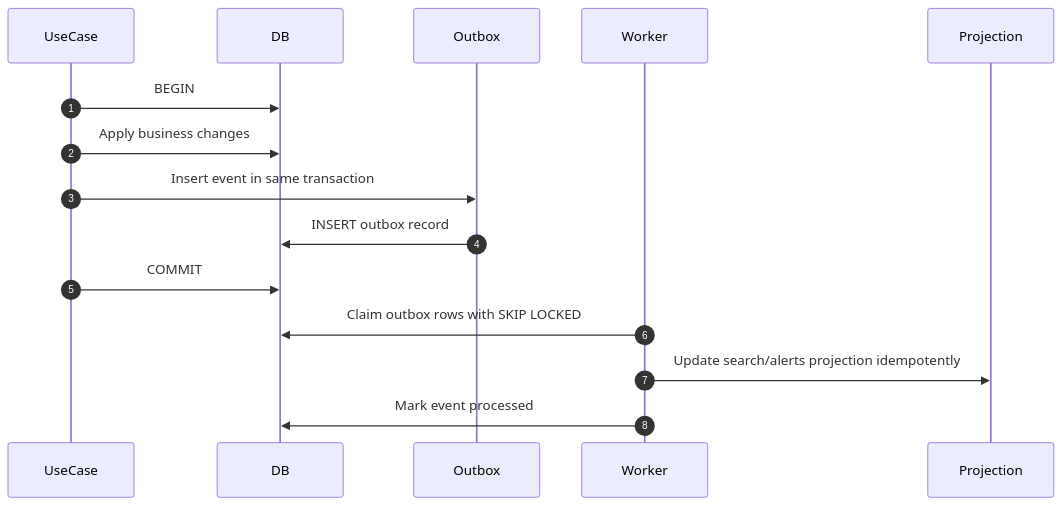
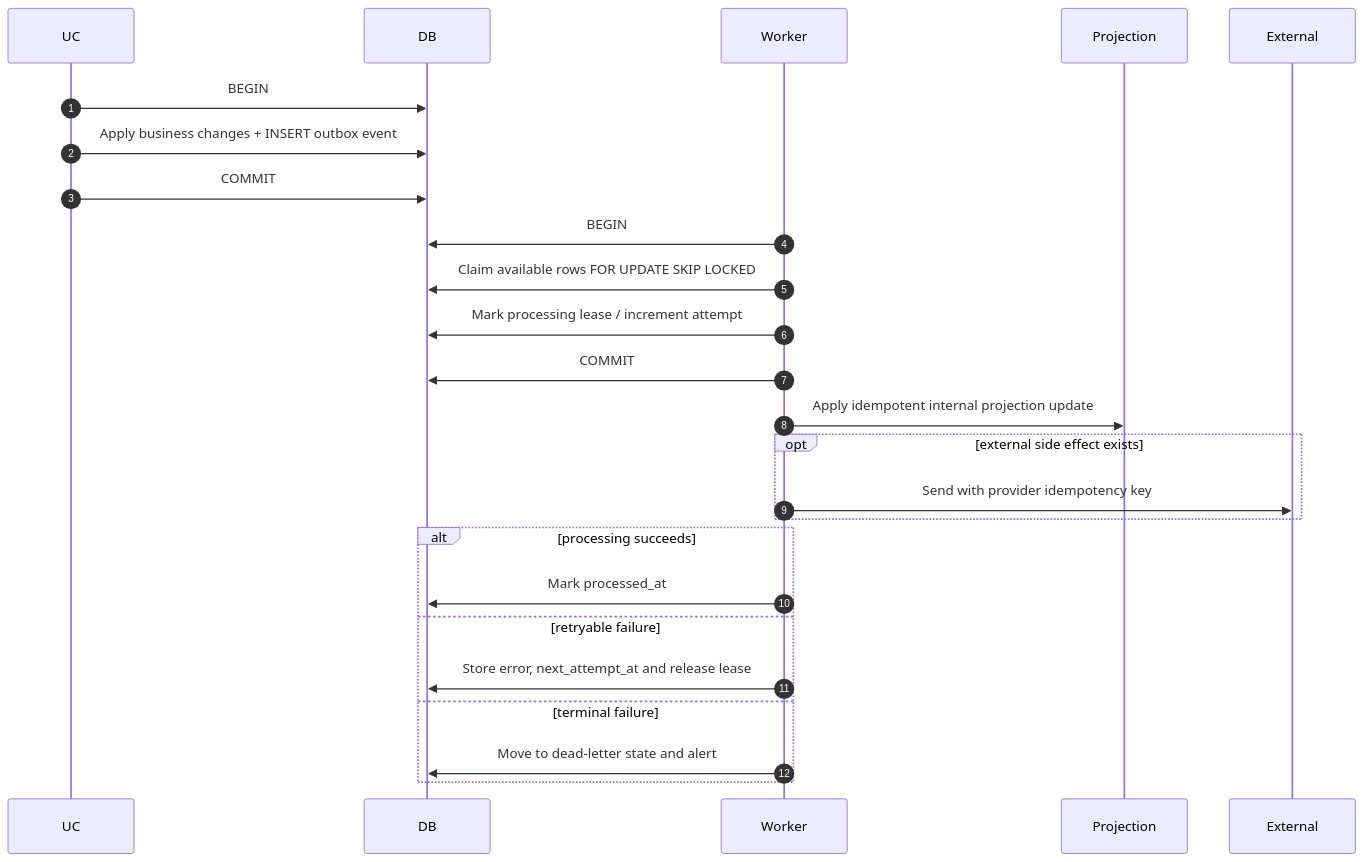
One commit to GulovM/PharmacyCRM changed diagram 19 of 19 in docs/10-sequence-diagrams.md. Above: the diagram before and after it, drawn with Mermaid. The commit also changed other lines of this file, not shown here.

Commit message:
Harden critical sequence and transaction protocols

````diff
--- a/docs/10-sequence-diagrams.md
+++ b/docs/10-sequence-diagrams.md
@@ -595,18 +823,29 @@
 ```mermaid
 sequenceDiagram
     autonumber
-    participant UseCase
+    participant UC
     participant DB
-    participant Outbox
     participant Worker
     participant Projection
+    participant External
 
-    UseCase->>DB: BEGIN
-    UseCase->>DB: Apply business changes
-    UseCase->>Outbox: Insert event in same transaction
-    Outbox->>DB: INSERT outbox record
-    UseCase->>DB: COMMIT
-    Worker->>DB: Claim outbox rows with SKIP LOCKED
-    Worker->>Projection: Update search/alerts projection idempotently
-    Worker->>DB: Mark event processed
+    UC->>DB: BEGIN
+    UC->>DB: Apply business changes + INSERT outbox event
+    UC->>DB: COMMIT
+
+    Worker->>DB: BEGIN
+    Worker->>DB: Claim available rows FOR UPDATE SKIP LOCKED
+    Worker->>DB: Mark processing lease / increment attempt
+    Worker->>DB: COMMIT
+    Worker->>Projection: Apply idempotent internal projection update
+    opt external side effect exists
+        Worker->>External: Send with provider idempotency key
+    end
+    alt processing succeeds
+        Worker->>DB: Mark processed_at
+    else retryable failure
+        Worker->>DB: Store error, next_attempt_at and release lease
+    else terminal failure
+        Worker->>DB: Move to dead-letter state and alert
+    end
 ```
````
